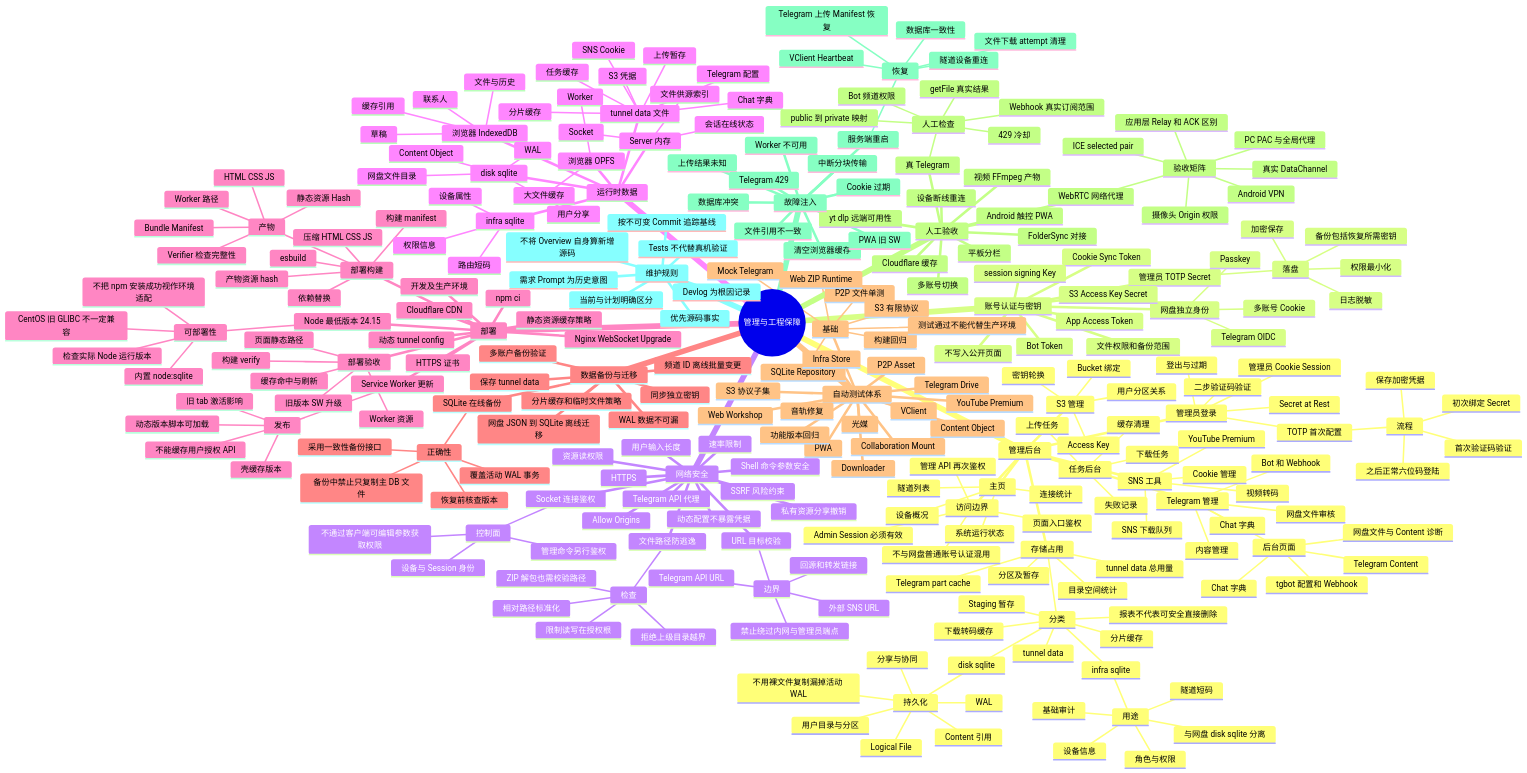
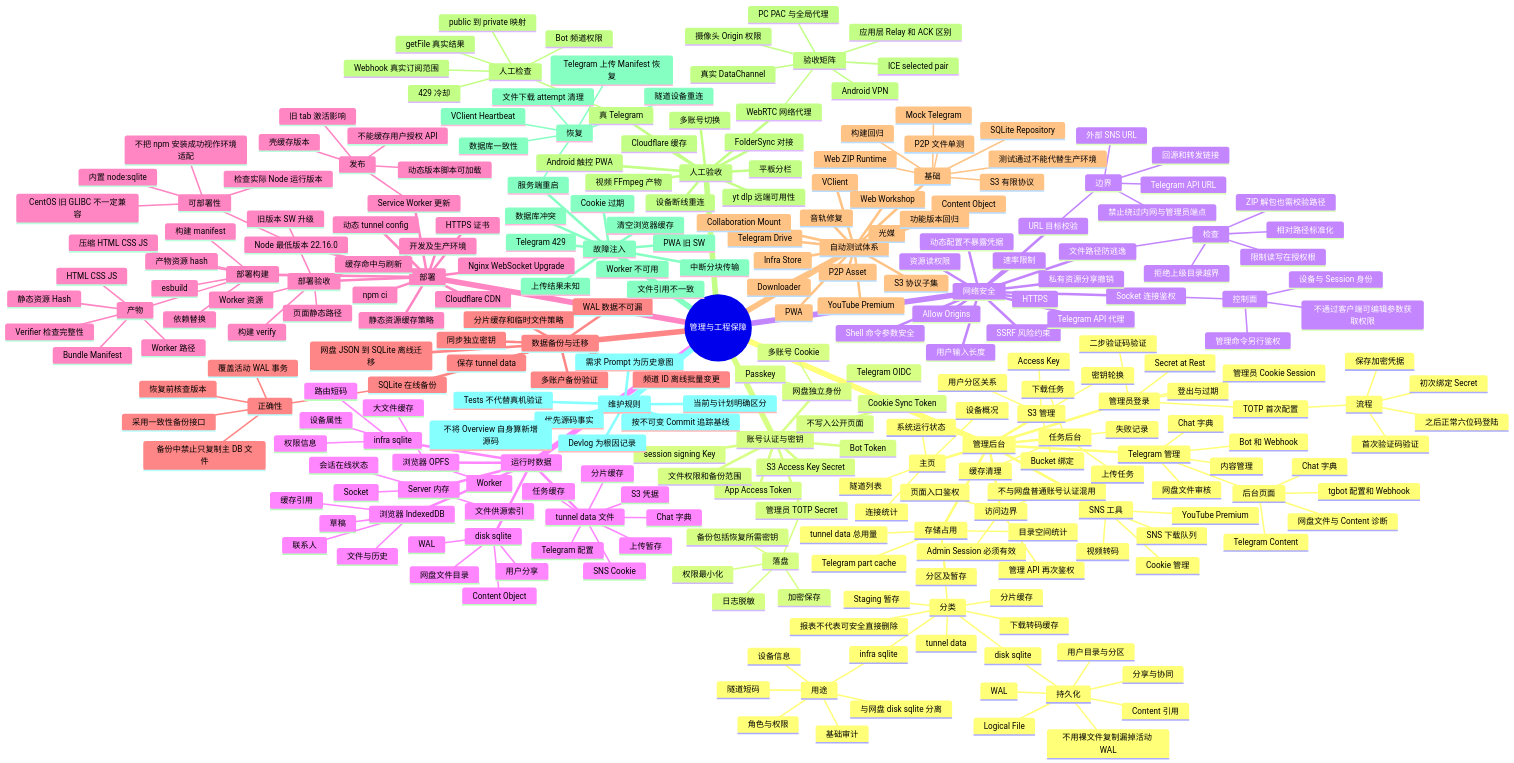
One commit to Ltre/file-tunnel changed the diagram in docs/overview/feature-mindmaps/11-admin-security-deploy-tests.md. Above: the diagram before and after it, drawn with Mermaid. The commit also changed other lines of this file and 7 other files, not shown here.

Commit message:
docs: update feature mindmaps for merged capabilities

```diff
--- a/docs/overview/feature-mindmaps/11-admin-security-deploy-tests.md
+++ b/docs/overview/feature-mindmaps/11-admin-security-deploy-tests.md
@@ -160,7 +160,7 @@
         SNS Cookie
         任务缓存
     部署
-      Node 最低版本 24.15
+      Node 最低版本 22.16.0
         可部署性
           内置 node:sqlite
           检查实际 Node 运行版本
```
